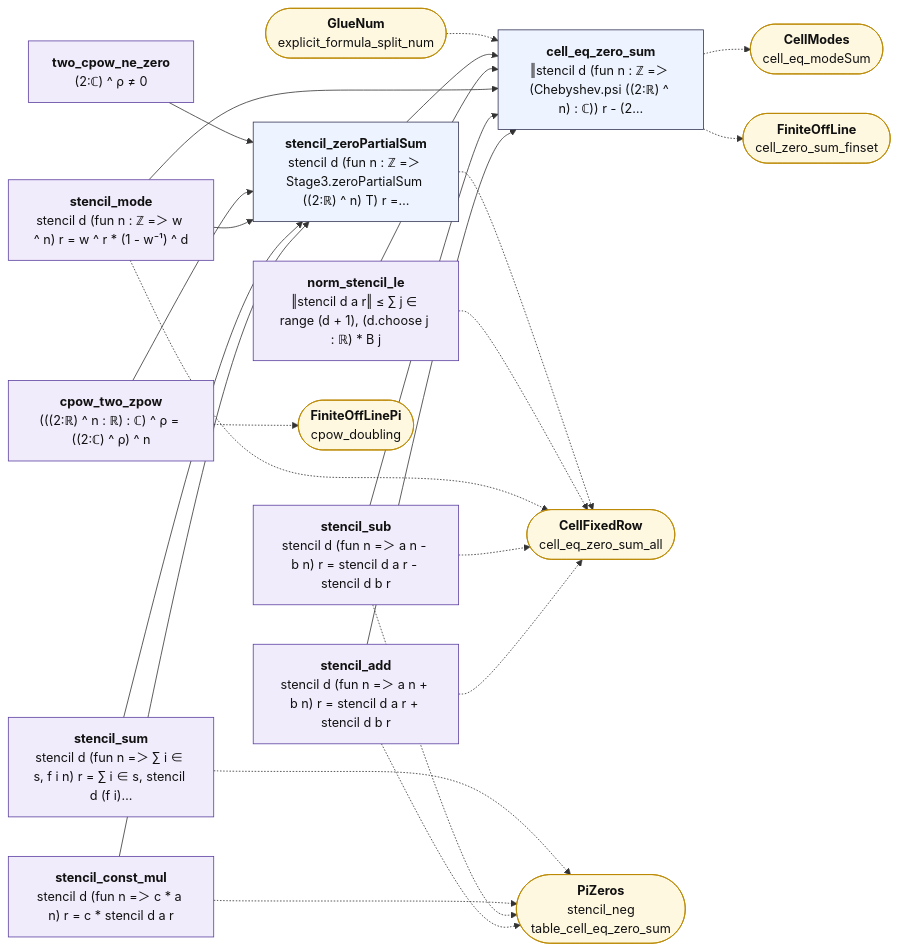
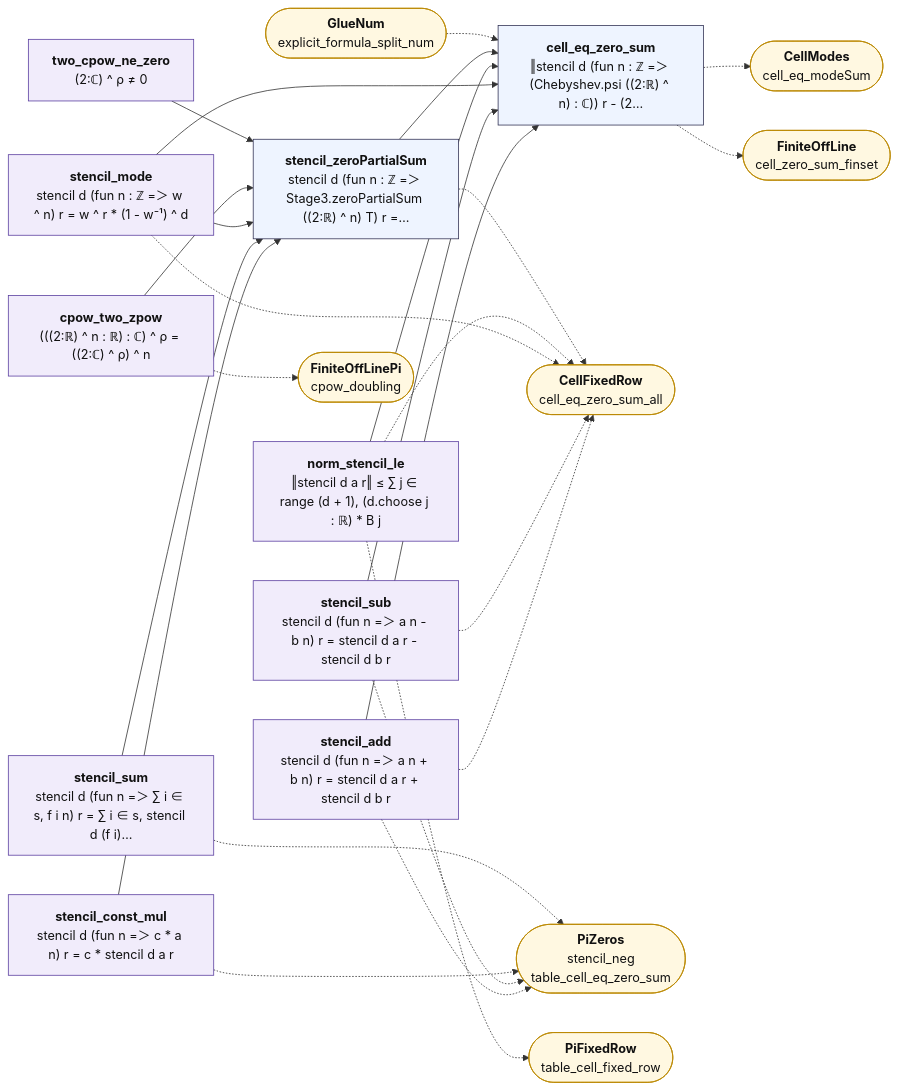
Before and after one commit to juliansambranojr/Primebeat_081426: the diagram in map/lean_stage3/CellZeros.mmd, drawn with Mermaid. The commit also changed 46 other files, not shown here.

```diff
--- a/map/lean_stage3/CellZeros.mmd
+++ b/map/lean_stage3/CellZeros.mmd
@@ -1,48 +1,50 @@
 flowchart LR
   n0["<b>stencil_add</b><br/>stencil d (fun n =＞ a n + b n) r = stencil d a r + stencil d b r"]:::shp
   n1["<b>stencil_sub</b><br/>stencil d (fun n =＞ a n - b n) r = stencil d a r - stencil d b r"]:::shp
   n2["<b>stencil_const_mul</b><br/>stencil d (fun n =＞ c * a n) r = c * stencil d a r"]:::shp
   n3["<b>stencil_sum</b><br/>stencil d (fun n =＞ ∑ i ∈ s, f i n) r = ∑ i ∈ s, stencil d (f i)…"]:::shp
   n4["<b>stencil_mode</b><br/>stencil d (fun n : ℤ =＞ w ^ n) r = w ^ r * (1 - w⁻¹) ^ d"]:::shp
   n5["<b>norm_stencil_le</b><br/>‖stencil d a r‖ ≤ ∑ j ∈ range (d + 1), (d.choose j : ℝ) * B j"]:::shp
   n6["<b>cpow_two_zpow</b><br/>(((2:ℝ) ^ n : ℝ) : ℂ) ^ ρ = ((2:ℂ) ^ ρ) ^ n"]:::shp
   n7["<b>two_cpow_ne_zero</b><br/>(2:ℂ) ^ ρ ≠ 0"]:::shp
   n8["<b>stencil_zeroPartialSum</b><br/>stencil d (fun n : ℤ =＞ Stage3.zeroPartialSum ((2:ℝ) ^ n) T) r =…"]:::thm
   n9["<b>cell_eq_zero_sum</b><br/>‖stencil d (fun n : ℤ =＞ (Chebyshev.psi ((2:ℝ) ^ n) : ℂ)) r - (2…"]:::thm
   x0(["<b>CellFixedRow</b><br/>cell_eq_zero_sum_all"]):::ext
   x1(["<b>PiZeros</b><br/>stencil_neg<br/>table_cell_eq_zero_sum"]):::ext
-  x2(["<b>FiniteOffLinePi</b><br/>cpow_doubling"]):::ext
-  x3(["<b>GlueNum</b><br/>explicit_formula_split_num"]):::ext
-  x4(["<b>CellModes</b><br/>cell_eq_modeSum"]):::ext
-  x5(["<b>FiniteOffLine</b><br/>cell_zero_sum_finset"]):::ext
+  x2(["<b>PiFixedRow</b><br/>table_cell_fixed_row"]):::ext
+  x3(["<b>FiniteOffLinePi</b><br/>cpow_doubling"]):::ext
+  x4(["<b>GlueNum</b><br/>explicit_formula_split_num"]):::ext
+  x5(["<b>CellModes</b><br/>cell_eq_modeSum"]):::ext
+  x6(["<b>FiniteOffLine</b><br/>cell_zero_sum_finset"]):::ext
   n0 --> n9
   n1 --> n9
   n2 --> n8
   n3 --> n8
   n4 --> n8
   n4 --> n9
   n5 --> n9
   n6 --> n8
   n7 --> n8
   n8 --> n9
   n0 -.-> x0
   n0 -.-> x1
   n1 -.-> x0
   n1 -.-> x1
   n2 -.-> x1
   n3 -.-> x1
   n4 -.-> x0
   n5 -.-> x0
-  n6 -.-> x2
+  n5 -.-> x2
+  n6 -.-> x3
   n8 -.-> x0
-  n9 -.-> x4
   n9 -.-> x5
-  x3 -.-> n9
+  n9 -.-> x6
+  x4 -.-> n9
   classDef cnt fill:#dff5ec,stroke:#17694a,color:#111
   classDef shp fill:#f1ecfb,stroke:#5b3fa0,color:#111
   classDef rh fill:#ffe5e5,stroke:#c22,color:#111,stroke-width:2px
   classDef thm fill:#eef4ff,stroke:#335,color:#111
   classDef end_ fill:#e7f7e7,stroke:#2a7,color:#111,stroke-width:2px
   classDef lone fill:#fff,stroke:#999,color:#111,stroke-dasharray:4 3
   classDef bad fill:#ffe5e5,stroke:#c22,color:#111,stroke-width:2px
   classDef ext fill:#fff8e1,stroke:#b80,color:#111
```
